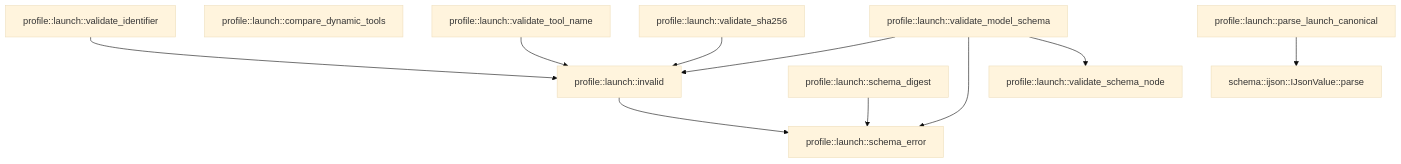
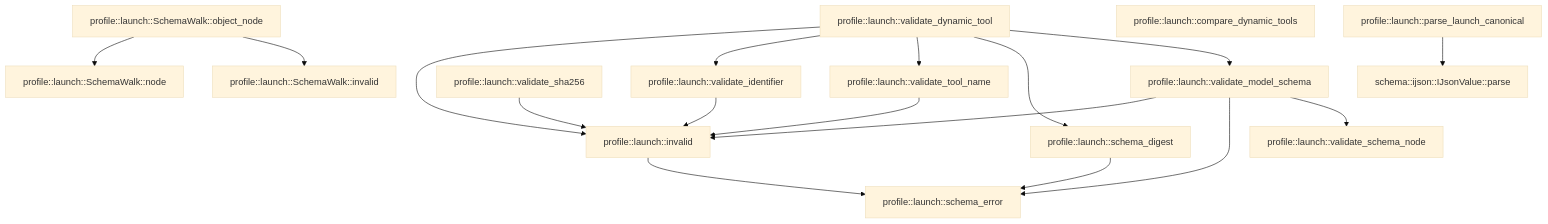
The second of 2 diagrams in crates/profile/docs/generated/src--launch.md (TekesApps/TekesKernel), drawn with Mermaid (base theme) before and after one commit. The commit also changed other lines of this file and 54 other files, not shown here.

````diff
--- a/crates/profile/docs/generated/src--launch.md
+++ b/crates/profile/docs/generated/src--launch.md
@@ -161,23 +162,34 @@
 ```mermaid
 flowchart TD
-  n0["profile::launch::validate_schema_node"]
-  n1["profile::launch::validate_model_schema"]
-  n2["profile::launch::compare_dynamic_tools"]
-  n3["profile::launch::schema_digest"]
-  n4["profile::launch::validate_sha256"]
-  n5["profile::launch::validate_tool_name"]
-  n6["profile::launch::validate_identifier"]
-  n7["profile::launch::schema_error"]
-  n8["profile::launch::invalid"]
-  n9["profile::launch::parse_launch_canonical"]
-  n10["schema::ijson::IJsonValue::parse"]
-  n1 --> n0
-  n1 --> n7
-  n1 --> n8
-  n3 --> n7
-  n4 --> n8
-  n5 --> n8
-  n6 --> n8
-  n8 --> n7
-  n9 --> n10
+  n0["profile::launch::SchemaWalk::invalid"]
+  n1["profile::launch::validate_schema_node"]
+  n2["profile::launch::SchemaWalk::node"]
+  n3["profile::launch::SchemaWalk::object_node"]
+  n4["profile::launch::validate_dynamic_tool"]
+  n5["profile::launch::validate_model_schema"]
+  n6["profile::launch::compare_dynamic_tools"]
+  n7["profile::launch::schema_digest"]
+  n8["profile::launch::validate_sha256"]
+  n9["profile::launch::validate_tool_name"]
+  n10["profile::launch::validate_identifier"]
+  n11["profile::launch::schema_error"]
+  n12["profile::launch::invalid"]
+  n13["profile::launch::parse_launch_canonical"]
+  n14["schema::ijson::IJsonValue::parse"]
+  n3 --> n0
+  n3 --> n2
+  n4 --> n5
+  n4 --> n7
+  n4 --> n9
+  n4 --> n10
+  n4 --> n12
+  n5 --> n1
+  n5 --> n11
+  n5 --> n12
+  n7 --> n11
+  n8 --> n12
+  n9 --> n12
+  n10 --> n12
+  n12 --> n11
+  n13 --> n14
 ```
````
